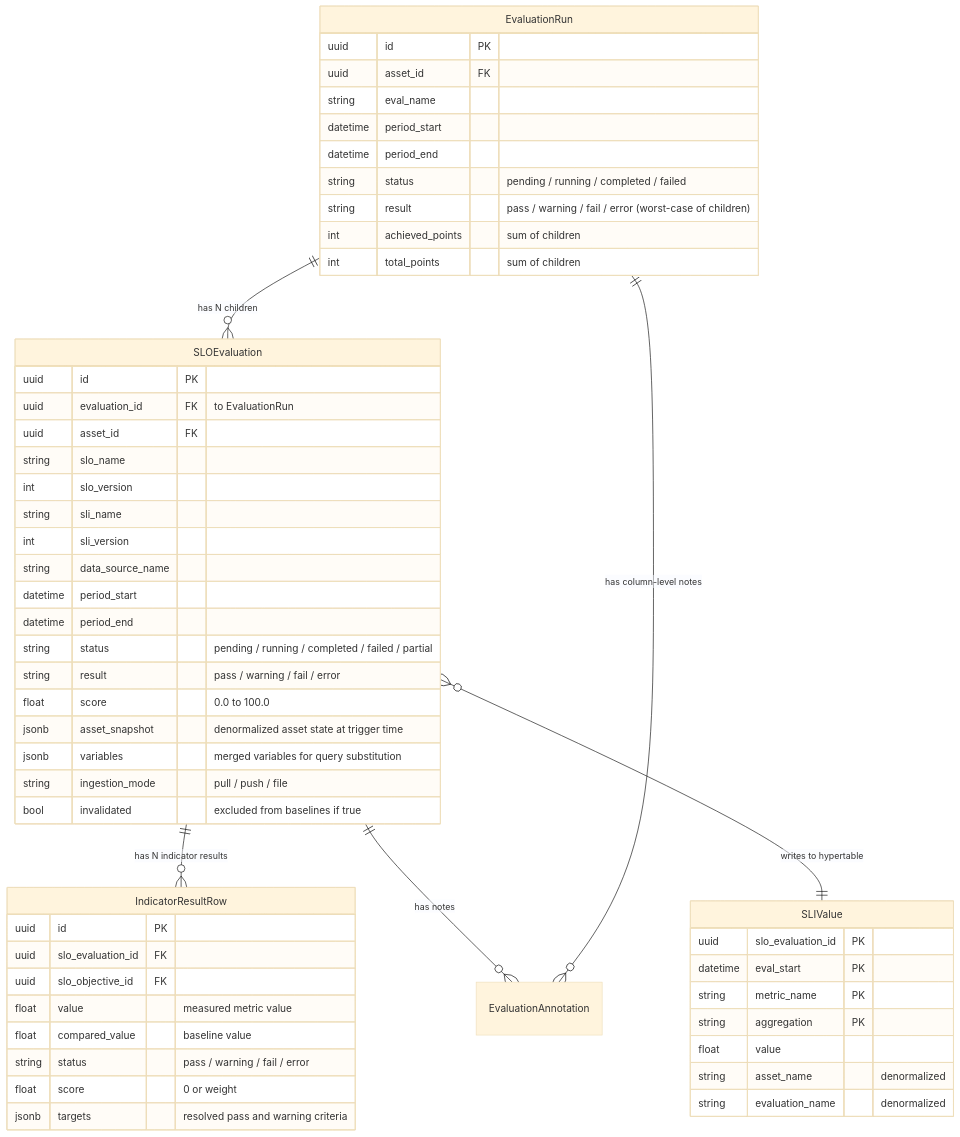
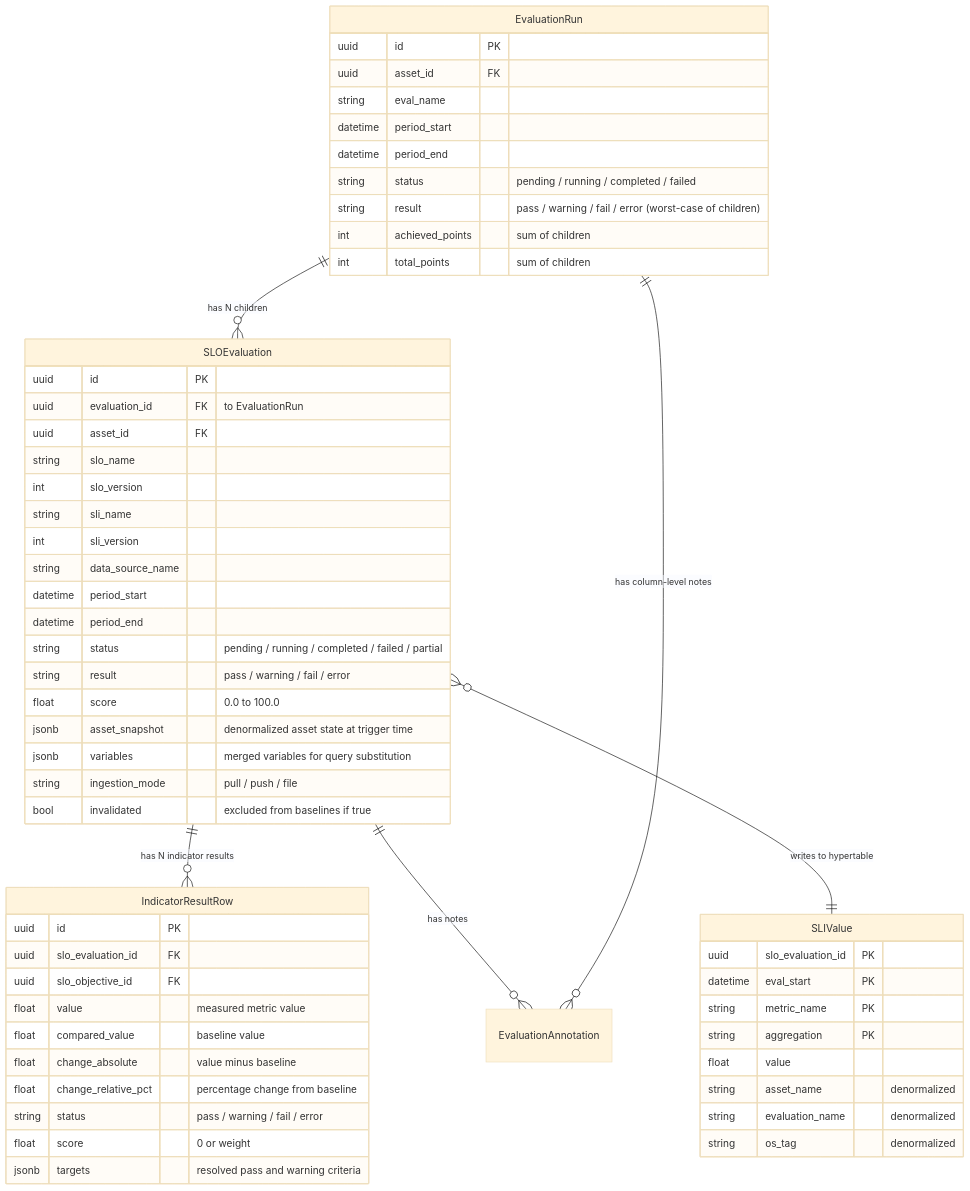
The fifth of 7 diagrams in docs/architecture/evaluation-lifecycle.md (domik82/tropek), drawn with Mermaid (base theme) before and after one commit. The commit also changed other lines of this file and 4 other files, not shown here.

````diff
--- a/docs/architecture/evaluation-lifecycle.md
+++ b/docs/architecture/evaluation-lifecycle.md
@@ -167,61 +224,64 @@
 ```mermaid
 erDiagram
     EvaluationRun ||--o{ SLOEvaluation : "has N children"
     SLOEvaluation ||--o{ IndicatorResultRow : "has N indicator results"
     SLOEvaluation ||--o{ EvaluationAnnotation : "has notes"
     EvaluationRun ||--o{ EvaluationAnnotation : "has column-level notes"
     SLOEvaluation }o--|| SLIValue : "writes to hypertable"
 
     EvaluationRun {
         uuid id PK
         uuid asset_id FK
         string eval_name
         datetime period_start
         datetime period_end
         string status "pending / running / completed / failed"
         string result "pass / warning / fail / error (worst-case of children)"
         int achieved_points "sum of children"
         int total_points "sum of children"
     }
 
     SLOEvaluation {
         uuid id PK
         uuid evaluation_id FK "to EvaluationRun"
         uuid asset_id FK
         string slo_name
         int slo_version
         string sli_name
         int sli_version
         string data_source_name
         datetime period_start
         datetime period_end
         string status "pending / running / completed / failed / partial"
         string result "pass / warning / fail / error"
         float score "0.0 to 100.0"
         jsonb asset_snapshot "denormalized asset state at trigger time"
         jsonb variables "merged variables for query substitution"
         string ingestion_mode "pull / push / file"
         bool invalidated "excluded from baselines if true"
     }
 
     IndicatorResultRow {
         uuid id PK
         uuid slo_evaluation_id FK
         uuid slo_objective_id FK
         float value "measured metric value"
         float compared_value "baseline value"
+        float change_absolute "value minus baseline"
+        float change_relative_pct "percentage change from baseline"
         string status "pass / warning / fail / error"
         float score "0 or weight"
         jsonb targets "resolved pass and warning criteria"
     }
 
     SLIValue {
         uuid slo_evaluation_id PK
         datetime eval_start PK
         string metric_name PK
         string aggregation PK
         float value
         string asset_name "denormalized"
         string evaluation_name "denormalized"
+        string os_tag "denormalized"
     }
 ```
````
